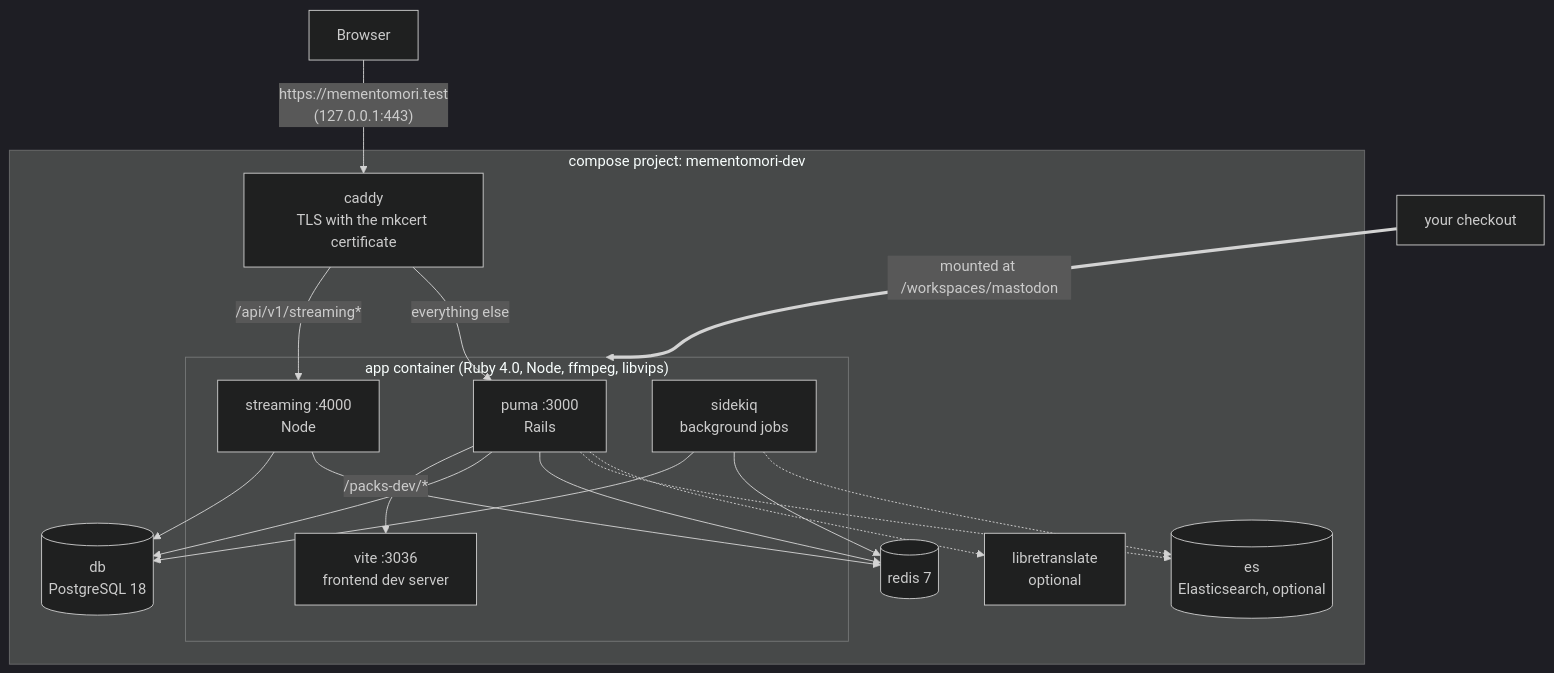
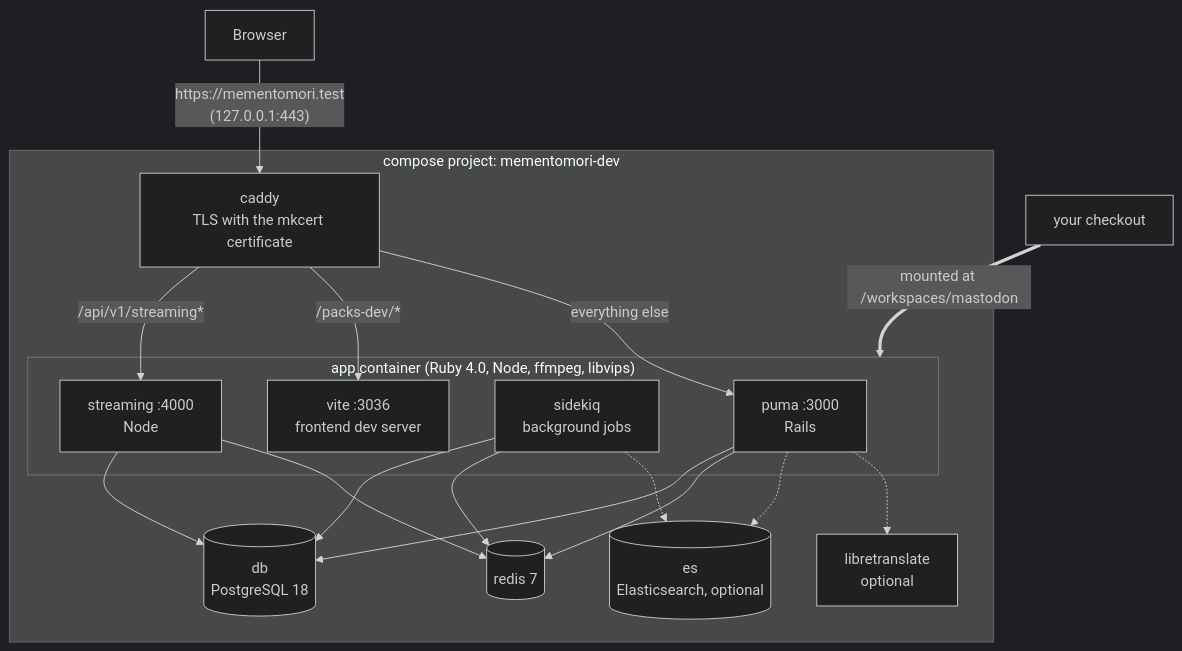
Before and after one commit to mementomori-social/mastodon: the second of 4 diagrams in dev/README.md, drawn with Mermaid (dark theme). The commit also changed other lines of this file and 4 other files, not shown here.

````diff
--- a/dev/README.md
+++ b/dev/README.md
@@ -34,29 +34,29 @@
 ```mermaid
 flowchart TB
   browser["Browser"] -- "https://mementomori.test<br/>(127.0.0.1:443)" --> caddy
 
   subgraph docker["compose project: mementomori-dev"]
     caddy["caddy<br/>TLS with the mkcert certificate"]
 
     subgraph app["app container (Ruby 4.0, Node, ffmpeg, libvips)"]
       web["puma :3000<br/>Rails"]
       stream["streaming :4000<br/>Node"]
       sidekiq["sidekiq<br/>background jobs"]
       vite["vite :3036<br/>frontend dev server"]
     end
 
     db[("db<br/>PostgreSQL 18")]
     redis[("redis 7")]
     es[("es<br/>Elasticsearch, optional")]
     lt["libretranslate<br/>optional"]
   end
 
   caddy -- "/api/v1/streaming*" --> stream
+  caddy -- "/packs-dev/*" --> vite
   caddy -- "everything else" --> web
-  web -- "/packs-dev/*" --> vite
   web & sidekiq & stream --> db
   web & sidekiq & stream --> redis
   web & sidekiq -.-> es
   web -.-> lt
   checkout["your checkout"] == "mounted at /workspaces/mastodon" ==> app
 ```
````
